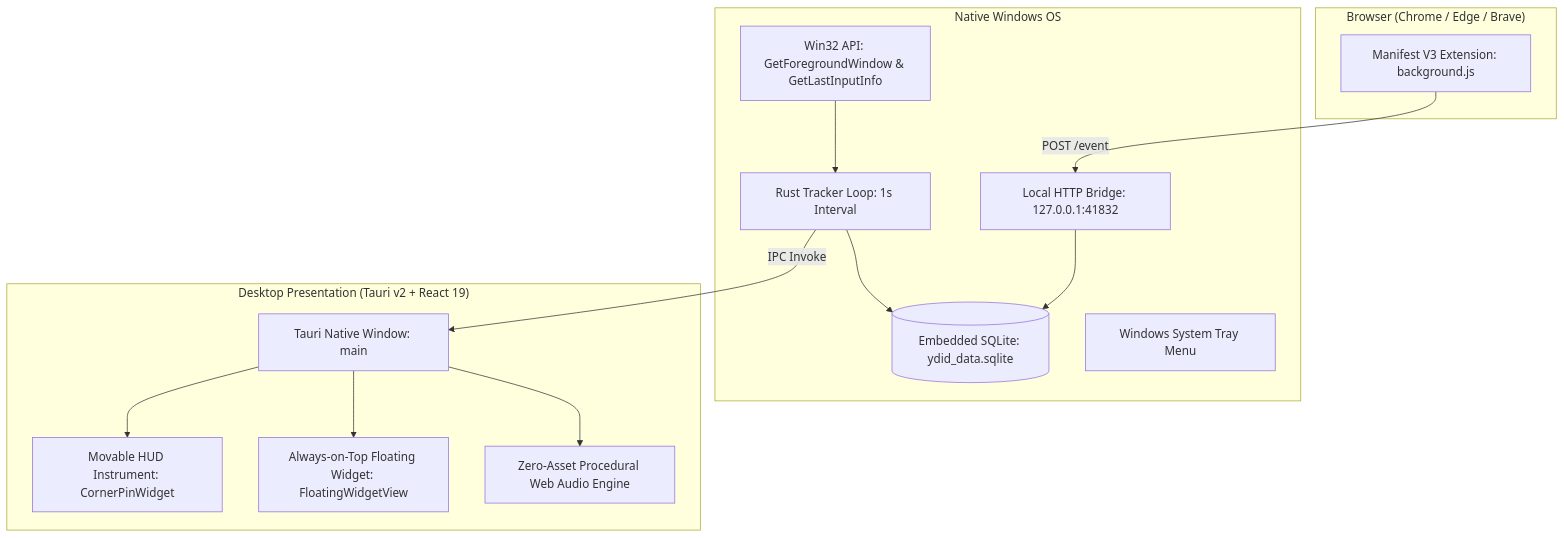
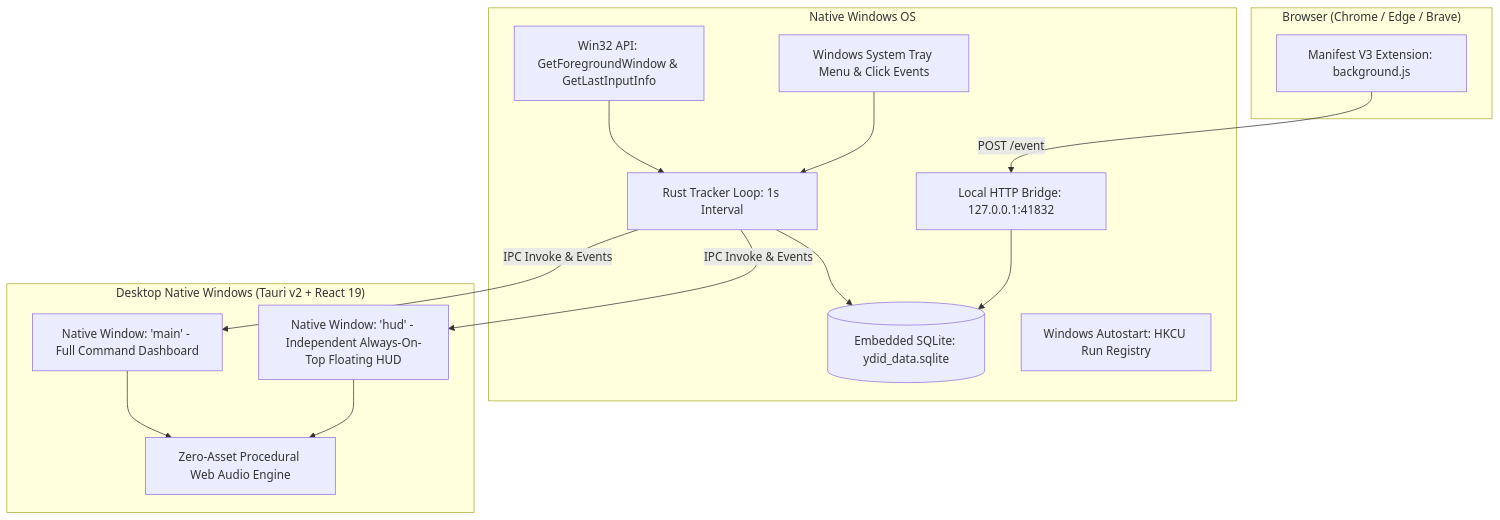
Before and after one commit to Dhananjay-alt/day-is-dying: the diagram in README.md, drawn with Mermaid. The commit also changed other lines of this file, not shown here.

Commit message:
docs: update README with desktop multi-window architecture, tray lifecycle, and setup guide

````diff
--- a/README.md
+++ b/README.md
@@ -52,29 +52,30 @@
 ```mermaid
 graph TD
     subgraph "Native Windows OS"
         Win32[Win32 API: GetForegroundWindow & GetLastInputInfo]
         RustCore[Rust Tracker Loop: 1s Interval]
         LocalDB[(Embedded SQLite: ydid_data.sqlite)]
         BridgeServer[Local HTTP Bridge: 127.0.0.1:41832]
-        Tray[Windows System Tray Menu]
+        Tray[Windows System Tray Menu & Click Events]
+        Registry[Windows Autostart: HKCU Run Registry]
         Win32 --> RustCore
         RustCore --> LocalDB
         BridgeServer --> LocalDB
+        Tray --> RustCore
     end
 
     subgraph "Browser (Chrome / Edge / Brave)"
         Ext[Manifest V3 Extension: background.js]
         Ext -->|POST /event| BridgeServer
     end
 
-    subgraph "Desktop Presentation (Tauri v2 + React 19)"
-        TauriApp[Tauri Native Window: main]
-        FloatingHUD[Movable HUD Instrument: CornerPinWidget]
-        AlwaysOnTop[Always-on-Top Floating Widget: FloatingWidgetView]
+    subgraph "Desktop Native Windows (Tauri v2 + React 19)"
+        MainWin[Native Window: 'main' - Full Command Dashboard]
+        HudWin[Native Window: 'hud' - Independent Always-On-Top Floating HUD]
         WebAudio[Zero-Asset Procedural Web Audio Engine]
-        RustCore -->|IPC Invoke| TauriApp
-        TauriApp --> FloatingHUD
-        TauriApp --> AlwaysOnTop
-        TauriApp --> WebAudio
+        RustCore -->|IPC Invoke & Events| MainWin
+        RustCore -->|IPC Invoke & Events| HudWin
+        MainWin --> WebAudio
+        HudWin --> WebAudio
     end
 ```
````
